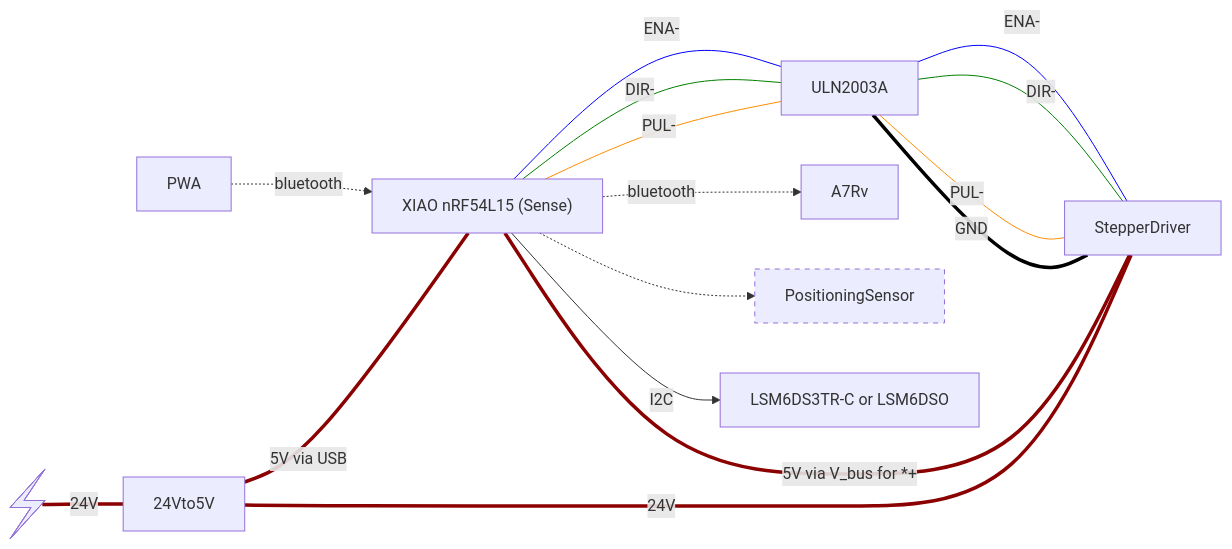
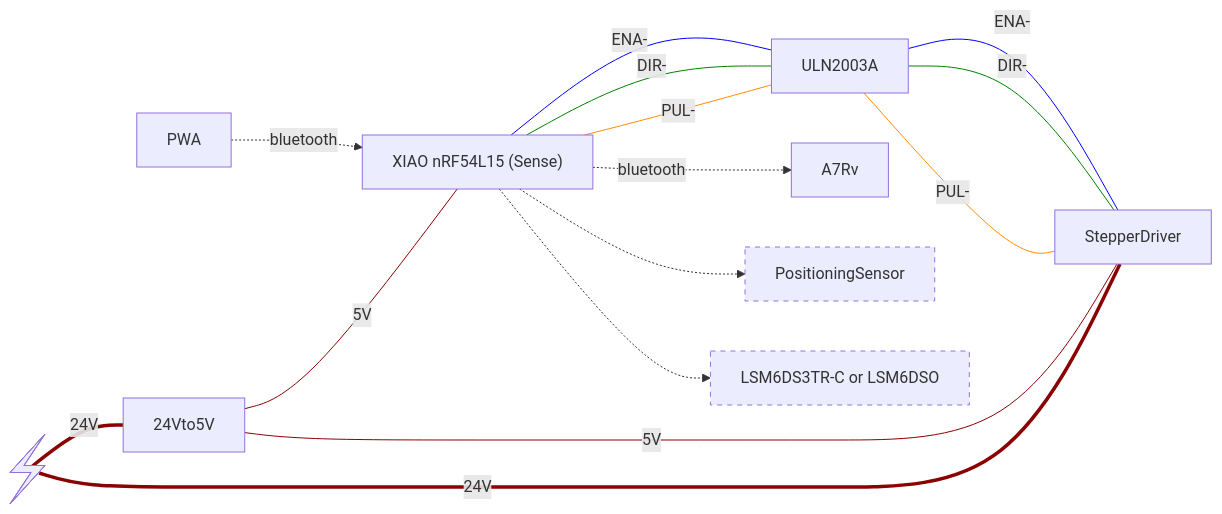
One commit to maxhbr/zephyr-rail changed the diagram in electronics/sketch.mmd. Above: the diagram before and after it, drawn with Mermaid. The commit also changed 1 other file, not shown here.

Commit message:
update diagram

```diff
--- a/electronics/sketch.mmd
+++ b/electronics/sketch.mmd
@@ -1,49 +1,48 @@
 ---
 config:
 ---
 flowchart LR;
 
-  MCU_Right@{ label: "XIAO nRF54L15 (Sense)" }
-  PWA-. bluetooth .->MCU_Right
+  MCU@{ label: "XIAO nRF54L15 (Sense)" }
+  PWA-. bluetooth .->MCU
 
   StepperDriver
   
   ULN2003A
-  MCU_Right ---|ENA-| ULN2003A
-  MCU_Right ---|DIR-| ULN2003A
-  MCU_Right ---|PUL-| ULN2003A
+  MCU ---|ENA-| ULN2003A
+  MCU ---|DIR-| ULN2003A
+  MCU ---|PUL-| ULN2003A
   ULN2003A  ---|ENA-| StepperDriver
   ULN2003A  ---|DIR-| StepperDriver
   ULN2003A  ---|PUL-| StepperDriver
-  ULN2003A  ===|GND| StepperDriver
 
 
   24Vto5V
   24V@{ shape: bolt }
   24V ===|24V| 24Vto5V
-  MCU_Right ====|5V via V_bus for *+| StepperDriver
-  24Vto5V ===|5V via USB| MCU_Right
-  24Vto5V =====|24V| StepperDriver
+  24Vto5V ---|5V| MCU
+  24Vto5V ----|5V| StepperDriver
+  24V =====|24V| StepperDriver
 
   Camera@{label: "A7Rv"}
-  MCU_Right-. bluetooth .->Camera
+  MCU-. bluetooth .->Camera
 
   PositioningSensor
   style PositioningSensor stroke-dasharray: 5 5
-  MCU_Right -.-> PositioningSensor
+  MCU -.-> PositioningSensor
 
 
   IMU@{label: "LSM6DS3TR-C or LSM6DSO"}
-  MCU_Right -->|I2C| IMU
+  style IMU stroke-dasharray: 5 5
+  MCU -.-> IMU
 
-  linkStyle 1 stroke: blue
-  linkStyle 2 stroke: green
-  linkStyle 3 stroke: darkorange
-  linkStyle 4 stroke: blue
-  linkStyle 5 stroke: green
-  linkStyle 6 stroke: darkorange
-  linkStyle 7 stroke: black
-  linkStyle 8 stroke: darkred
-  linkStyle 9 stroke: darkred
+  linkStyle 1  stroke: blue
+  linkStyle 2  stroke: green
+  linkStyle 3  stroke: darkorange
+  linkStyle 4  stroke: blue
+  linkStyle 5  stroke: green
+  linkStyle 6  stroke: darkorange
+  linkStyle 7  stroke: darkred
+  linkStyle 8  stroke: darkred
+  linkStyle 9  stroke: darkred
   linkStyle 10 stroke: darkred
-  linkStyle 11 stroke: darkred
```
